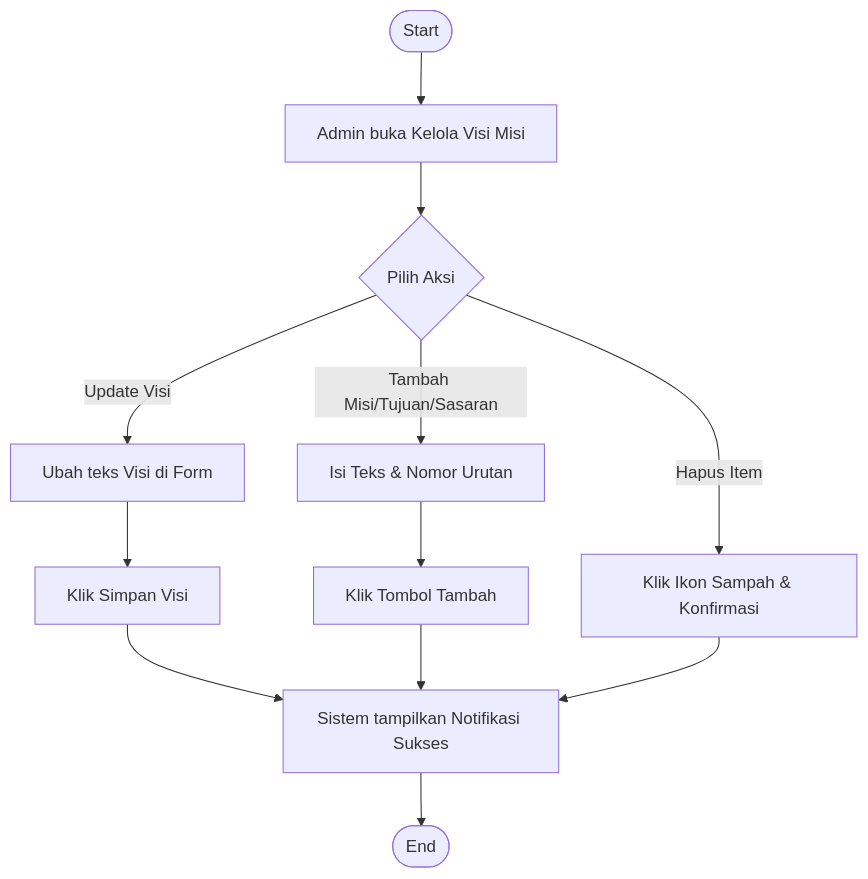
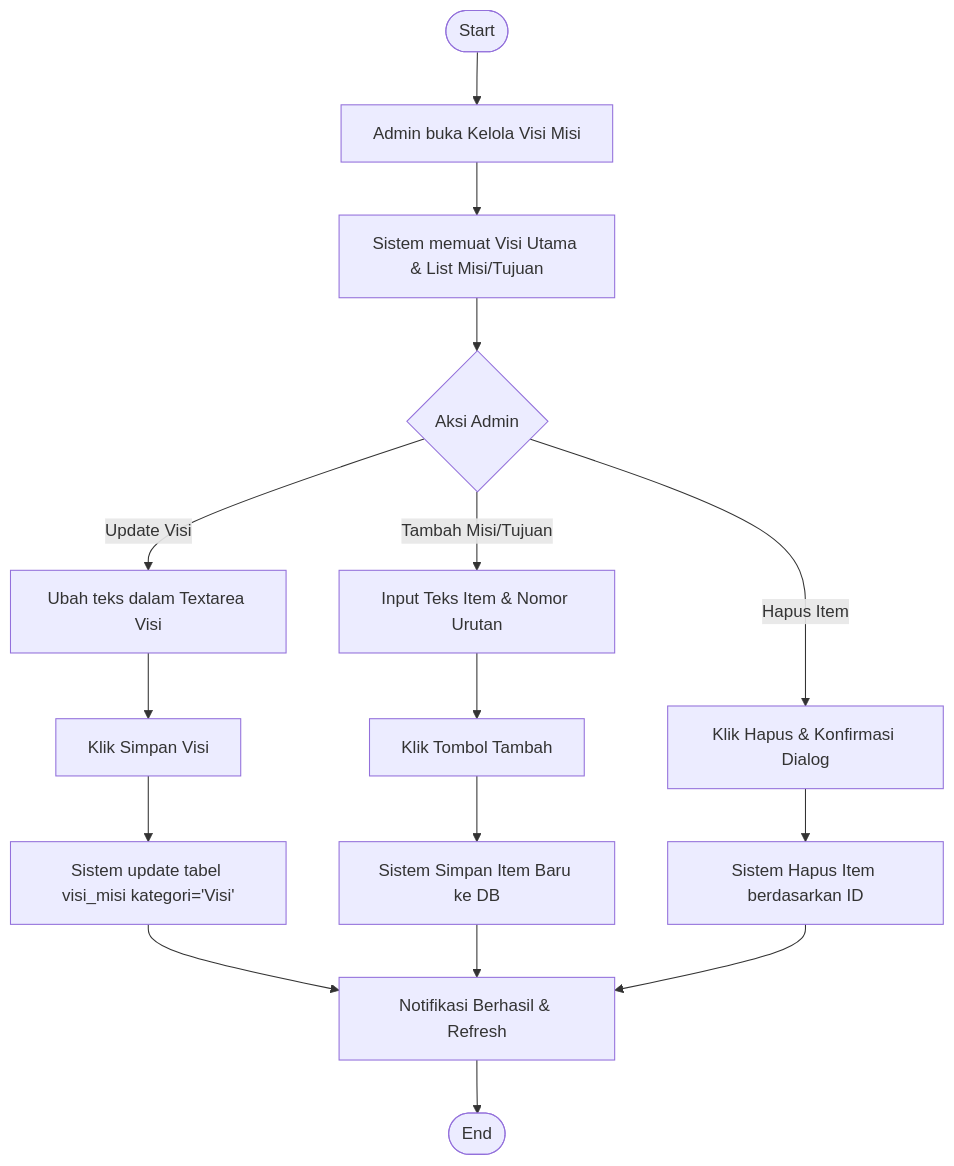
One commit to arbain-dev/Web_fikom changed the second of 4 diagrams in docs/activity_diagram_profil.md. Above: the diagram before and after it, drawn with Mermaid. The commit also changed other lines of this file, not shown here.

Commit message:
docs: enhance profile activity diagrams with comprehensive feature details

````diff
--- a/docs/activity_diagram_profil.md
+++ b/docs/activity_diagram_profil.md
@@ -39,18 +37,25 @@
 ```mermaid
 flowchart TD
-    Start([Start]) --> OpenVM[Admin buka Kelola Visi Misi]
-    OpenVM --> Action{Pilih Aksi}
+    Start([Start]) --> OpenModule[Admin buka Kelola Visi Misi]
+    OpenModule --> Fetch[Sistem memuat Visi Utama & List Misi/Tujuan]
     
-    Action -- "Update Visi" --> EditVisi[Ubah teks Visi di Form]
+    Fetch --> Interaction{Aksi Admin}
+    
+    %% Alur Update Visi Utama
+    Interaction -- "Update Visi" --> EditVisi[Ubah teks dalam Textarea Visi]
     EditVisi --> SaveVisi[Klik Simpan Visi]
+    SaveVisi --> UpdateDB1[Sistem update tabel visi_misi kategori='Visi']
     
-    Action -- "Tambah Misi/Tujuan/Sasaran" --> InputItem[Isi Teks & Nomor Urutan]
-    InputItem --> SaveItem[Klik Tombol Tambah]
+    %% Alur Kelola List
+    Interaction -- "Tambah Misi/Tujuan" --> InputForm[Input Teks Item & Nomor Urutan]
+    InputForm --> AddItem[Klik Tombol Tambah]
+    AddItem --> InsertDB[Sistem Simpan Item Baru ke DB]
     
-    Action -- "Hapus Item" --> ConfirmHapus[Klik Ikon Sampah & Konfirmasi]
+    Interaction -- "Hapus Item" --> Confirm[Klik Hapus & Konfirmasi Dialog]
+    Confirm --> DeleteDB[Sistem Hapus Item berdasarkan ID]
     
-    SaveVisi --> Notify[Sistem tampilkan Notifikasi Sukses]
-    SaveItem --> Notify
-    ConfirmHapus --> Notify
+    UpdateDB1 --> Notify[Notifikasi Berhasil & Refresh]
+    InsertDB --> Notify
+    DeleteDB --> Notify
     Notify --> End([End])
 ```
````
